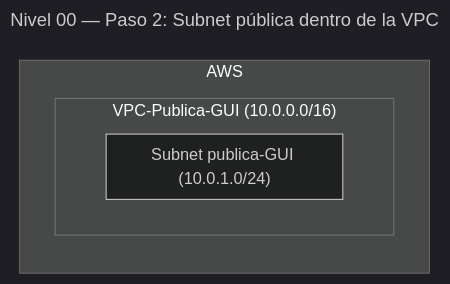
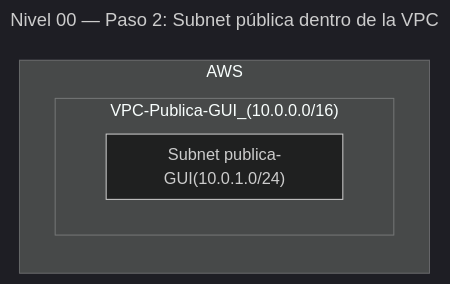
Before and after one commit to Marcos-SA-git/AWS-Certifications: the third of 8 diagrams in SAA-C03/es/Prácticas/🥉Fácil/Nivel-00.md, drawn with Mermaid (dark theme). The commit also changed other lines of this file, not shown here.

Commit message:
Better mermaid scheme

````diff
--- a/SAA-C03/es/Prácticas/🥉Fácil/Nivel-00.md
+++ b/SAA-C03/es/Prácticas/🥉Fácil/Nivel-00.md
@@ -88,12 +88,12 @@
 ```mermaid
 ---
 title: "Nivel 00 — Paso 2: Subnet pública dentro de la VPC"
 ---
 graph BT
 subgraph AWS[AWS]
-  subgraph VPC["VPC-Publica-GUI (10.0.0.0/16)"]
-    subgraph SUB["Subnet publica-GUI (10.0.1.0/24)"]
+  subgraph VPC["VPC-Publica-GUI_(10.0.0.0/16)"]
+    subgraph SUB["Subnet publica-GUI(10.0.1.0/24)"]
     end
   end
 end
 ```
````
